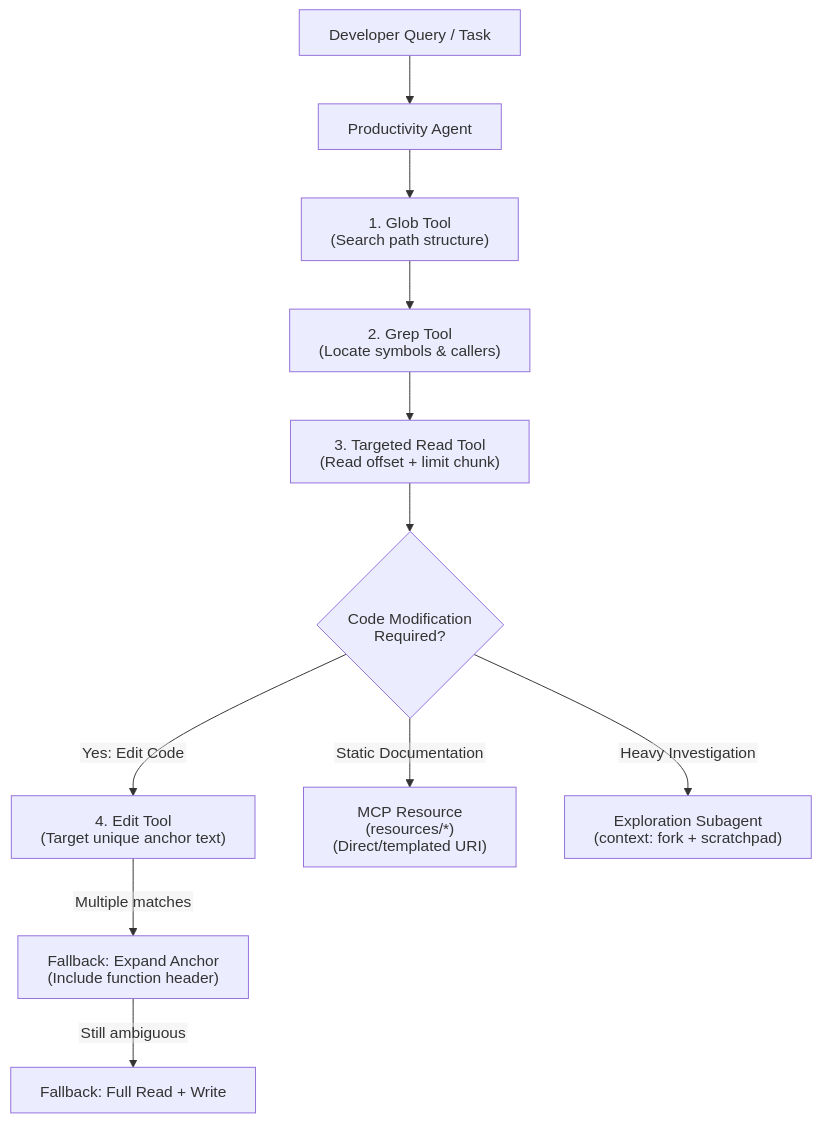
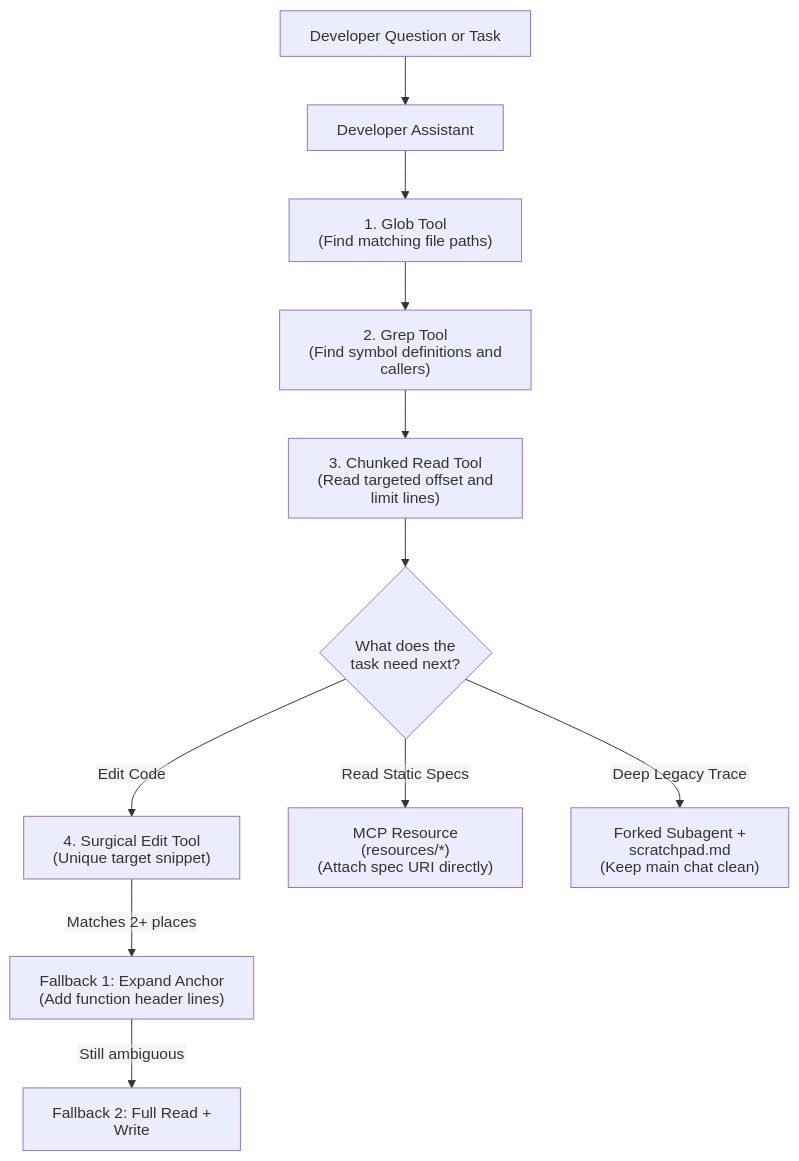
The first of 2 diagrams in scenarios/scenario_4_developer_productivity/SCENARIO_GUIDE.md (dip4k/claude_cert_architect_foundation_prep), drawn with Mermaid before and after one commit. The commit also changed other lines of this file and 13 other files, not shown here.

````diff
--- a/scenarios/scenario_4_developer_productivity/SCENARIO_GUIDE.md
+++ b/scenarios/scenario_4_developer_productivity/SCENARIO_GUIDE.md
@@ -20,21 +22,21 @@
 ```mermaid
 ---
 config:
   htmlLabels: false
 ---
 flowchart TD
-    Dev["Developer Query / Task"] --> Agent["Productivity Agent"]
+    Dev["Developer Question or Task"] --> Agent["Developer Assistant"]
 
-    Agent --> Glob["1. Glob Tool<br>(Search path structure)"]
-    Glob --> Grep["2. Grep Tool<br>(Locate symbols & callers)"]
-    Grep --> Read["3. Targeted Read Tool<br>(Read offset + limit chunk)"]
+    Agent --> Glob["1. Glob Tool<br>(Find matching file paths)"]
+    Glob --> Grep["2. Grep Tool<br>(Find symbol definitions and callers)"]
+    Grep --> Read["3. Chunked Read Tool<br>(Read targeted offset and limit lines)"]
 
-    Read --> Action{"Code Modification<br>Required?"}
+    Read --> Action{"What does the<br>task need next?"}
 
-    Action -->|"Yes: Edit Code"| Edit["4. Edit Tool<br>(Target unique anchor text)"]
-    Edit -->|"Multiple matches"| Anchor["Fallback: Expand Anchor<br>(Include function header)"]
-    Anchor -->|"Still ambiguous"| Write["Fallback: Full Read + Write"]
+    Action -->|"Edit Code"| Edit["4. Surgical Edit Tool<br>(Unique target snippet)"]
+    Edit -->|"Matches 2+ places"| Anchor["Fallback 1: Expand Anchor<br>(Add function header lines)"]
+    Anchor -->|"Still ambiguous"| Write["Fallback 2: Full Read + Write"]
 
-    Action -->|"Static Documentation"| MCPRes["MCP Resource (resources/*)<br>(Direct/templated URI)"]
-    Action -->|"Heavy Investigation"| Subagent["Exploration Subagent<br>(context: fork + scratchpad)"]
+    Action -->|"Read Static Specs"| MCPRes["MCP Resource (resources/*)<br>(Attach spec URI directly)"]
+    Action -->|"Deep Legacy Trace"| Subagent["Forked Subagent + scratchpad.md<br>(Keep main chat clean)"]
 ```
````
